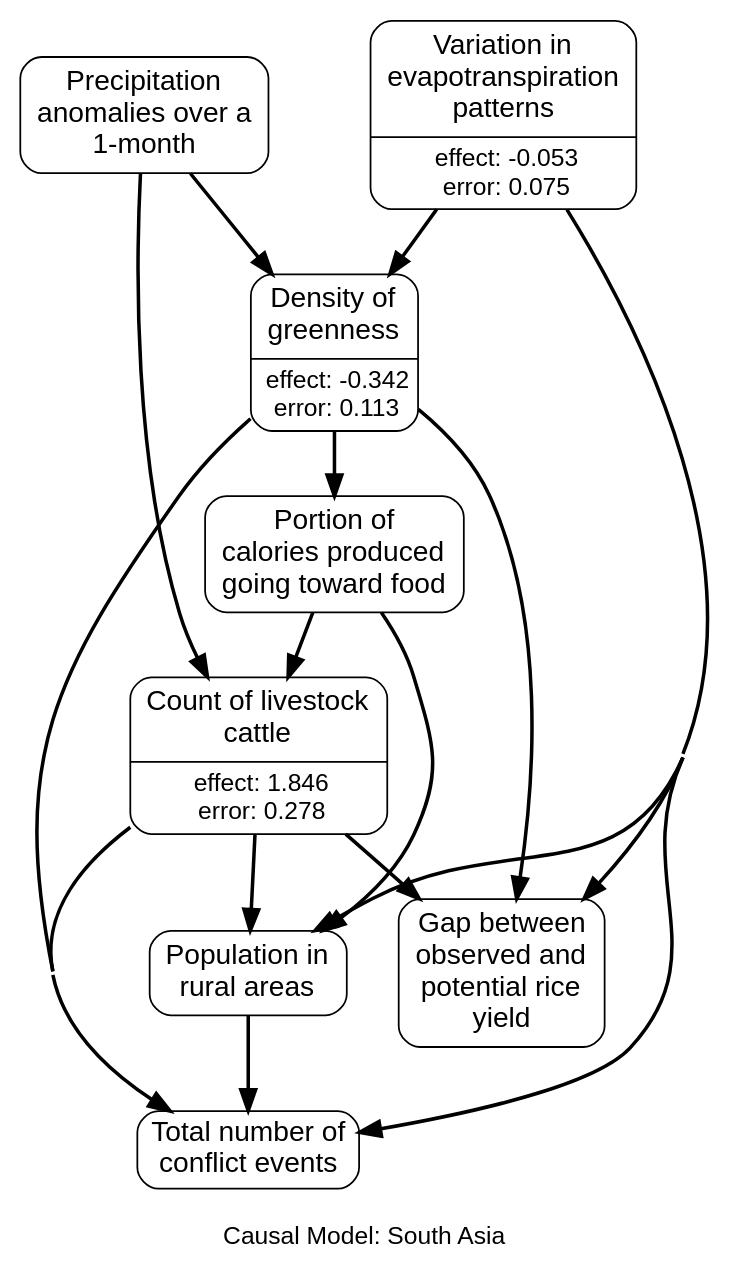
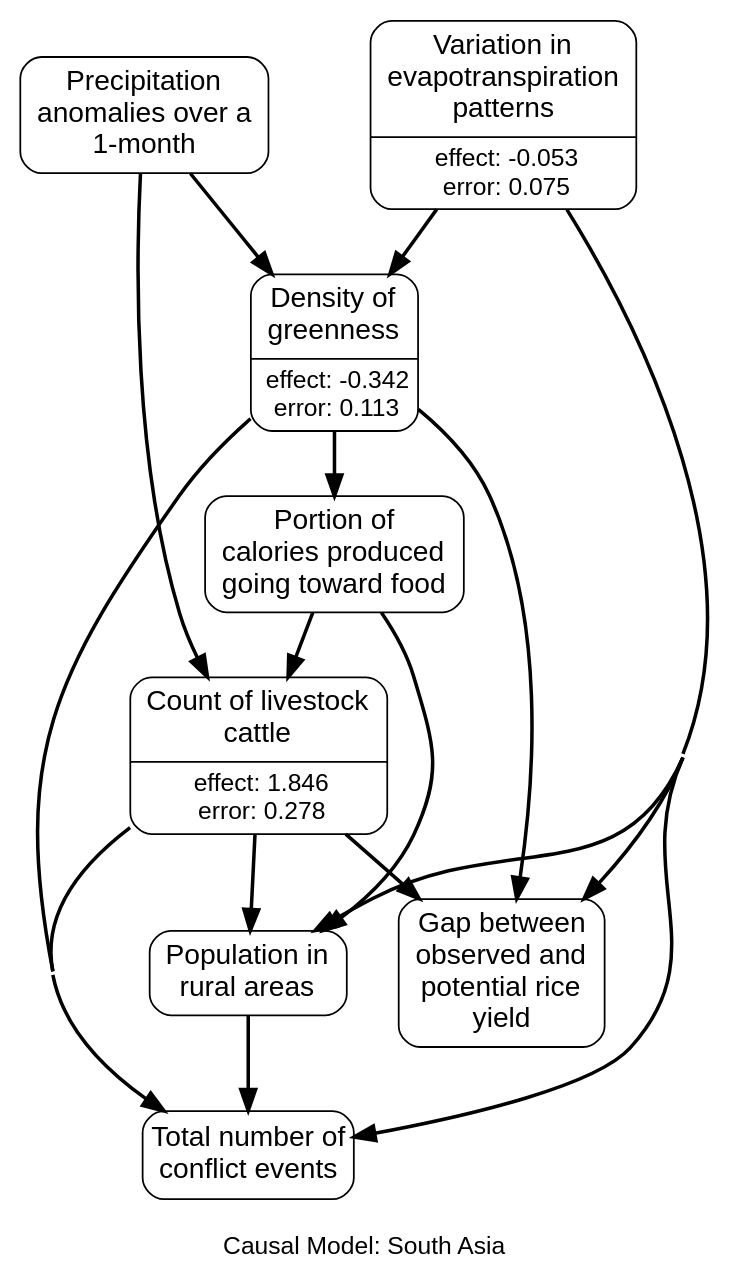
The diagram in app/javascript/images/regions/causal_graphs/south_asia.gv (wri/wri-wpsi), drawn with Graphviz before and after one commit. The commit also changed 14 other files, not shown here.

```diff
--- a/app/javascript/images/regions/causal_graphs/south_asia.gv
+++ b/app/javascript/images/regions/causal_graphs/south_asia.gv
@@ -1,67 +1,67 @@
 # generated file for region: south_asia by CausalModelRegionGenerator
 strict digraph causalModel {
 fontname="Helvetica, Arial, sans-serif";
 label="
 Causal Model: South Asia";
 labelloc = b;
 nodesep = 0.4;
 concentrate = true;
 node[shape = Mrecord, fontname = "Helvetica, Arial, sans-serif", margin = "0.10,0.06", penwidth = 1.0];
 edge[arrowsize = 1.2, penwidth = 2];
 
 # nodes
 et_anom_m_STD_m [label = <{<table align="center" border="0" cellspacing="1" cellpadding="1">
 <tr><td><font point-size="16">Variation in<br/>evapotranspiration<br/>patterns<br/></font></td></tr>
 </table>
 |<table border="0" cellspacing="1" cellpadding="0.5"><tr><td><font point-size="14">effect: -0.053</font></td></tr>
 <tr><td><font point-size="14">error: 0.075</font></td></tr></table>}>, class = rankA];
 DeliveredkcalFraction_s [label = <<table align="center" border="0" cellspacing="1" cellpadding="1">
 <tr><td><font point-size="16">Portion of<br/>calories produced<br/>going toward food<br/></font></td></tr>
 </table>
 >, class = rankB];
 ndvi_act_med_m [label = <{<table align="center" border="0" cellspacing="1" cellpadding="1">
 <tr><td><font point-size="16">Density of<br/>greenness<br/></font></td></tr>
 </table>
 |<table border="0" cellspacing="1" cellpadding="0.5"><tr><td><font point-size="14">effect: -0.342</font></td></tr>
 <tr><td><font point-size="14">error: 0.113</font></td></tr></table>}>, class = rankB];
 cattle_number_s [label = <{<table align="center" border="0" cellspacing="1" cellpadding="1">
 <tr><td><font point-size="16">Count of livestock<br/>cattle<br/></font></td></tr>
 </table>
 |<table border="0" cellspacing="1" cellpadding="0.5"><tr><td><font point-size="14">effect: 1.846</font></td></tr>
 <tr><td><font point-size="14">error: 0.278</font></td></tr></table>}>, class = rankB];
 spi_1_f2_m [label = <<table align="center" border="0" cellspacing="1" cellpadding="1">
 <tr><td><font point-size="16">Precipitation<br/>anomalies over a<br/>1-month<br/></font></td></tr>
 </table>
 >, class = rankA];
 yield_gap_rice_s [label = <<table align="center" border="0" cellspacing="1" cellpadding="1">
 <tr><td><font point-size="16">Gap between<br/>observed and<br/>potential rice<br/>yield<br/></font></td></tr>
 </table>
 >, class = rankB];
 rurpop_s [label = <<table align="center" border="0" cellspacing="1" cellpadding="1">
 <tr><td><font point-size="16">Population in<br/>rural areas<br/></font></td></tr>
 </table>
 >, class = rankB];
 acl_sum_evnt_m [label = "Total number of
-conflict events", class = rankC, shape=box, style=rounded, fontsize="16pt"];
+conflict events" class = rankC shape=box style=rounded fontsize="16pt" margin = "0.05,0.10"];
 
 #ranks
 {rank=same; et_anom_m_STD_m spi_1_f2_m; }
 
 # links
 et_anom_m_STD_m -> ndvi_act_med_m;
 et_anom_m_STD_m -> yield_gap_rice_s;
 et_anom_m_STD_m -> rurpop_s;
 et_anom_m_STD_m -> acl_sum_evnt_m;
 DeliveredkcalFraction_s -> cattle_number_s;
 DeliveredkcalFraction_s -> rurpop_s;
 ndvi_act_med_m -> DeliveredkcalFraction_s;
 ndvi_act_med_m -> yield_gap_rice_s;
 ndvi_act_med_m -> acl_sum_evnt_m;
 cattle_number_s -> yield_gap_rice_s;
 cattle_number_s -> rurpop_s;
 cattle_number_s -> acl_sum_evnt_m;
 spi_1_f2_m -> ndvi_act_med_m;
 spi_1_f2_m -> cattle_number_s;
 rurpop_s -> acl_sum_evnt_m;
 
 }
```
